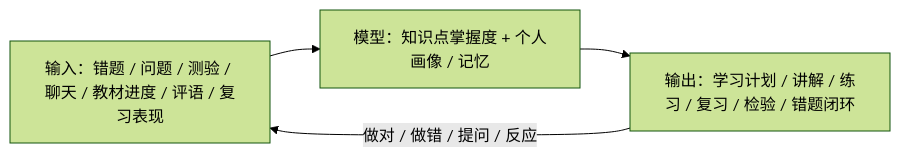
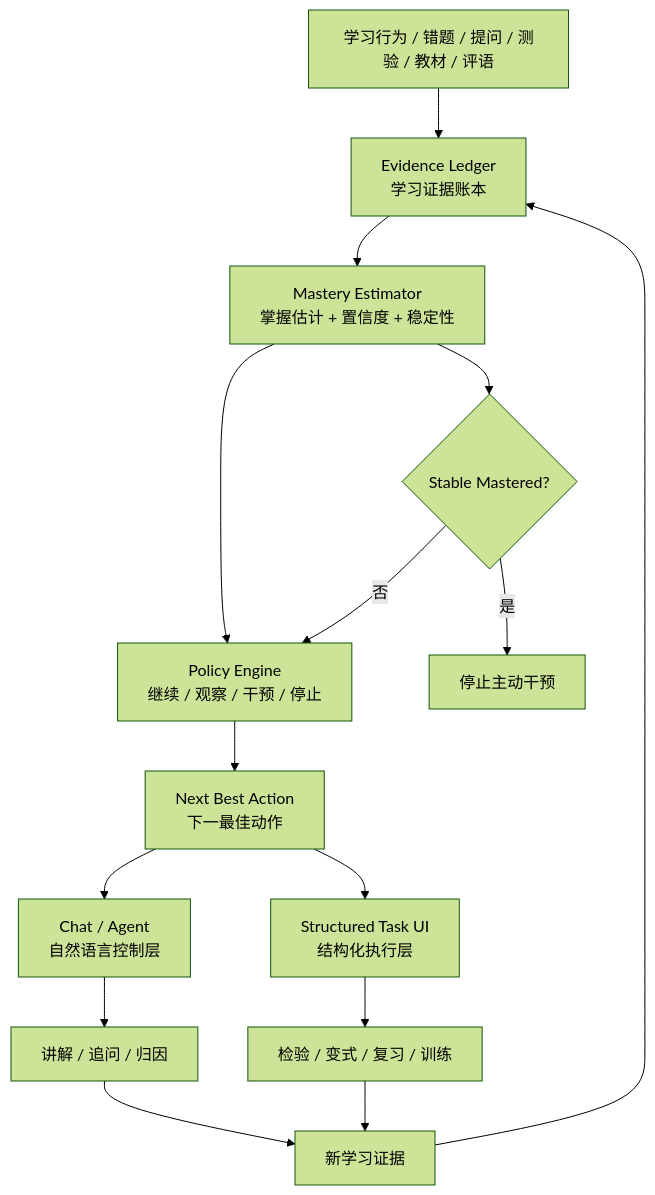
One commit to ivgotcrazy/deermind changed the third of 3 diagrams in doc/概念产品.md. Above: the diagram before and after it, drawn with Mermaid (forest theme). The commit also changed other lines of this file and 62 other files, not shown here.

````diff
--- a/doc/概念产品.md
+++ b/doc/概念产品.md
@@ -46,7 +1406,25 @@
 ```mermaid
-flowchart LR
-  I[输入：错题 / 问题 / 测验 / 聊天 / 教材进度 / 评语 / 复习表现]
-  M[模型：知识点掌握度 + 个人画像 / 记忆]
-  O[输出：学习计划 / 讲解 / 练习 / 复习 / 检验 / 错题闭环]
-  I --> M --> O -->|做对 / 做错 / 提问 / 反应| I
+flowchart TD
+    A[学习行为 / 错题 / 提问 / 测验 / 教材 / 评语]
+      --> B[Evidence Ledger\n学习证据账本]
+
+    B --> C[Mastery Estimator\n掌握估计 + 置信度 + 稳定性]
+
+    C --> D[Policy Engine\n继续 / 观察 / 干预 / 停止]
+
+    D --> E[Next Best Action\n下一最佳动作]
+
+    E --> F[Chat / Agent\n自然语言控制层]
+    E --> G[Structured Task UI\n结构化执行层]
+
+    F --> H[讲解 / 追问 / 归因]
+    G --> I[检验 / 变式 / 复习 / 训练]
+
+    H --> J[新学习证据]
+    I --> J
+    J --> B
+
+    C --> K{Stable Mastered?}
+    K -->|否| D
+    K -->|是| L[停止主动干预]
 ```
````
